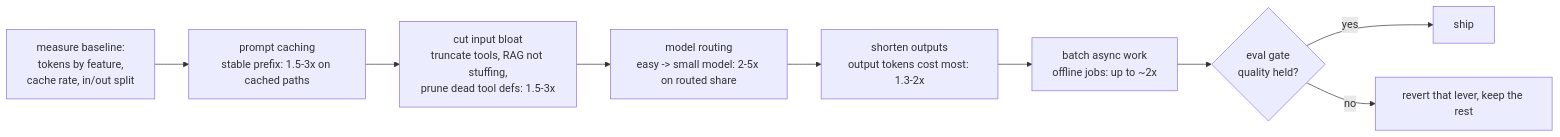
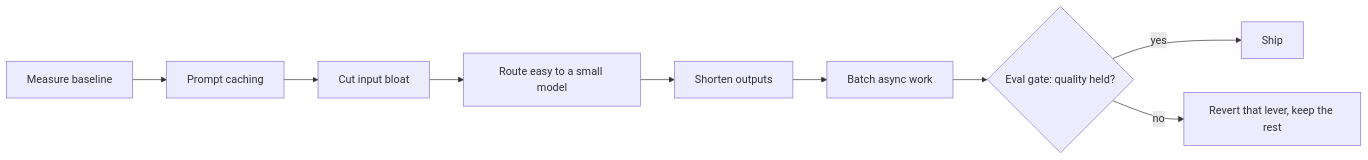
One commit to ashimsharma10/ashimsharma10.github.io changed the ninth of 11 diagrams in data/blog/ai-engineers-swiss-knife.mdx. Above: the diagram before and after it, drawn with Mermaid. The commit also changed other lines of this file and 3 other files, not shown here.

Commit message:
Simplify Swiss Knife write-up: plain prose, no dashes, readable flowcharts, less code

````diff
--- a/data/blog/ai-engineers-swiss-knife.mdx
+++ b/data/blog/ai-engineers-swiss-knife.mdx
@@ -1116,11 +971,11 @@
 ```mermaid
 flowchart LR
-    M[measure baseline:\ntokens by feature,\ncache rate, in/out split] --> C[prompt caching\nstable prefix: 1.5-3x on cached paths]
-    C --> I[cut input bloat\ntruncate tools, RAG not stuffing,\nprune dead tool defs: 1.5-3x]
-    I --> R[model routing\neasy -> small model: 2-5x on routed share]
-    R --> O[shorten outputs\noutput tokens cost most: 1.3-2x]
-    O --> B[batch async work\noffline jobs: up to ~2x]
-    B --> RE{eval gate\nquality held?}
-    RE -->|yes| DONE[ship]
-    RE -->|no| BACK[revert that lever, keep the rest]
+    M[Measure baseline] --> C[Prompt caching]
+    C --> I[Cut input bloat]
+    I --> R[Route easy to a small model]
+    R --> O[Shorten outputs]
+    O --> B[Batch async work]
+    B --> G{Eval gate: quality held?}
+    G -->|yes| DONE[Ship]
+    G -->|no| BACK[Revert that lever, keep the rest]
 ```
````
